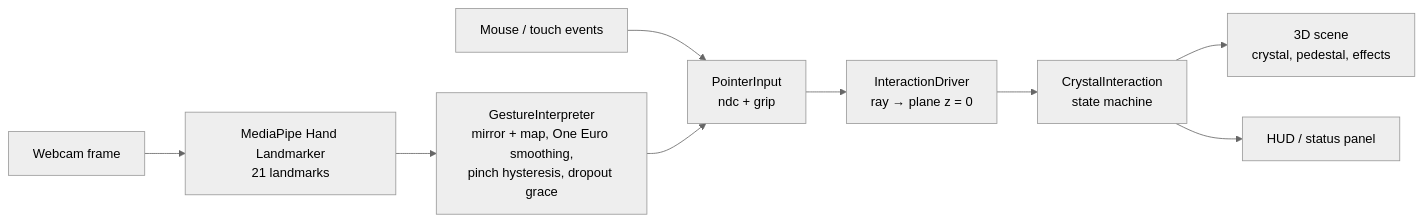
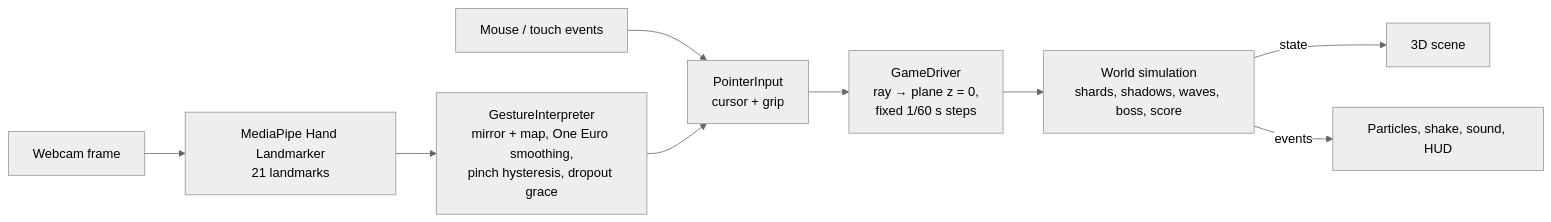
Before and after one commit to dvallabhani/arcane: the diagram in README.md, drawn with Mermaid (neutral theme). The commit also changed other lines of this file and 33 other files, not shown here.

````diff
--- a/README.md
+++ b/README.md
@@ -26,11 +28,11 @@
 ```mermaid
 flowchart LR
   cam[Webcam frame] --> mp[MediaPipe Hand Landmarker<br/>21 landmarks]
   mp --> gi[GestureInterpreter<br/>mirror + map, One Euro smoothing,<br/>pinch hysteresis, dropout grace]
   mouse[Mouse / touch events] --> input
-  gi --> input[PointerInput<br/>ndc + grip]
-  input --> drv[InteractionDriver<br/>ray → plane z = 0]
-  drv --> sm[CrystalInteraction<br/>state machine]
-  sm --> scene[3D scene<br/>crystal, pedestal, effects]
-  sm --> ui[HUD / status panel]
+  gi --> input[PointerInput<br/>cursor + grip]
+  input --> drv[GameDriver<br/>ray → plane z = 0,<br/>fixed 1/60 s steps]
+  drv --> world[World simulation<br/>shards, shadows, waves, boss, score]
+  world -- state --> scene[3D scene]
+  world -- events --> fx[Particles, shake, sound, HUD]
 ```
````
